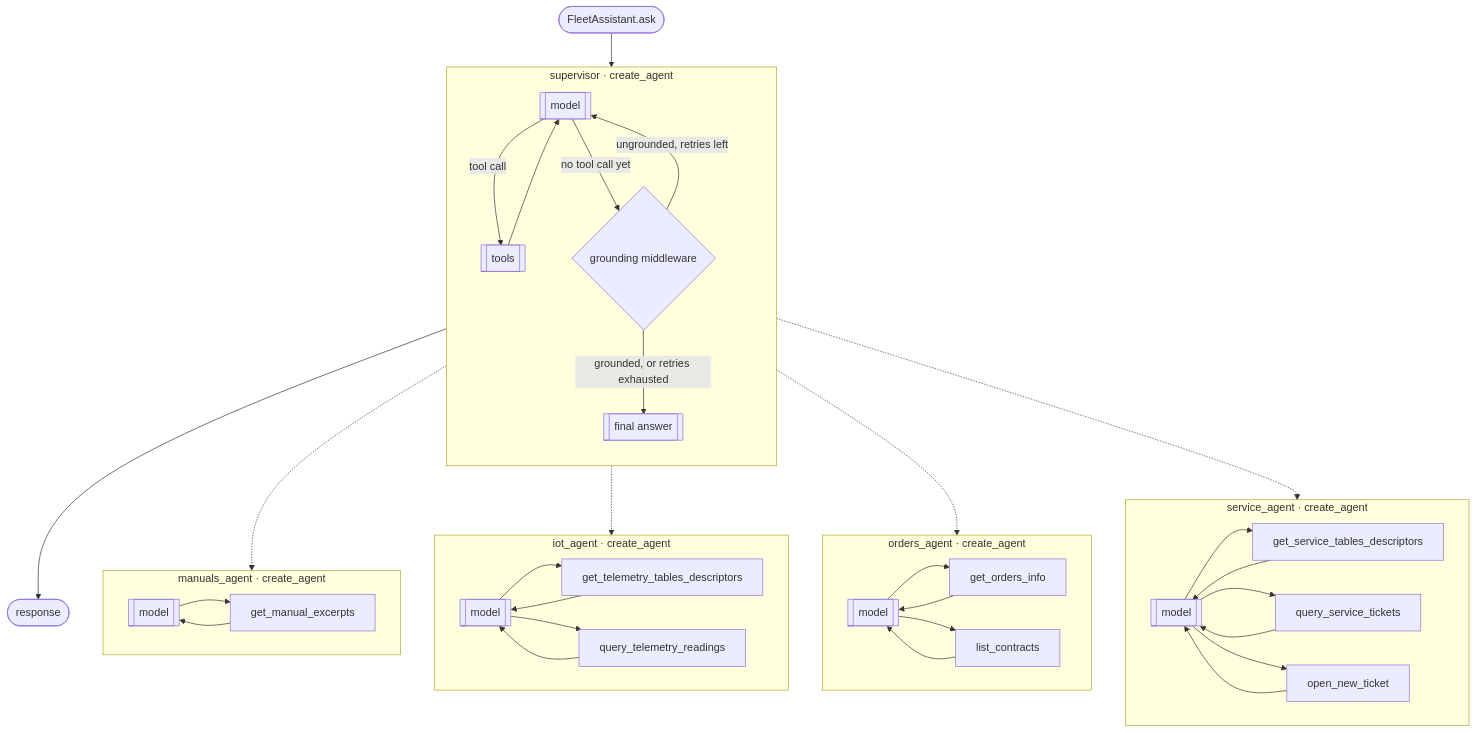
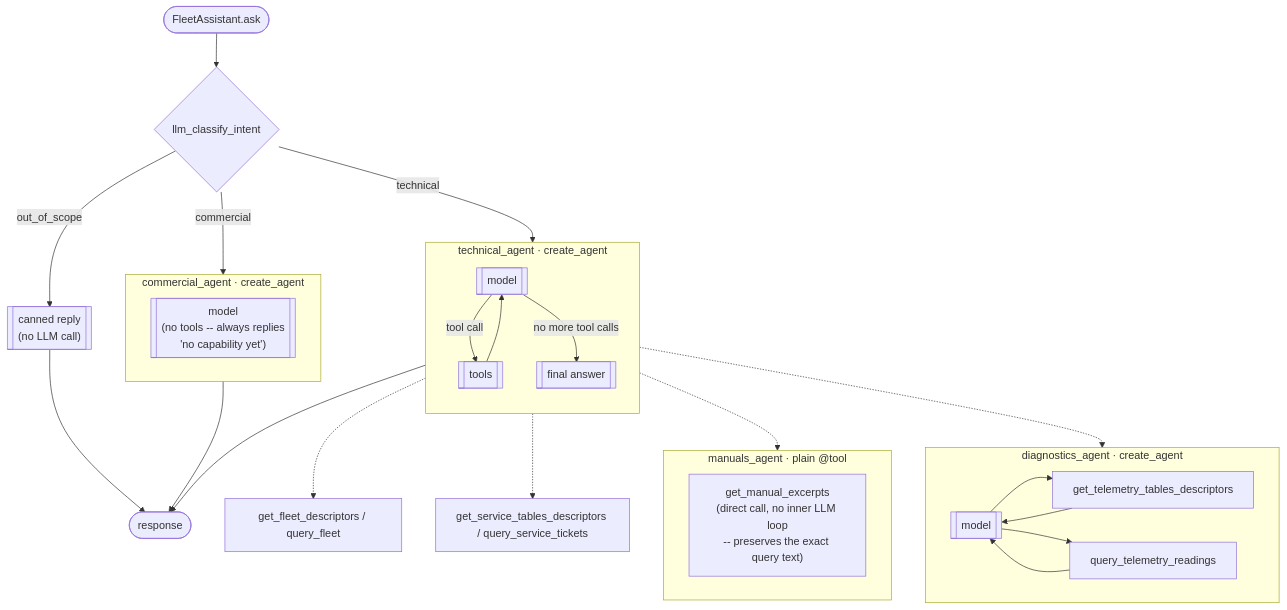
The diagram in docs/README.md (SDP-group6-Q2/ai-orchestrator), drawn with Mermaid before and after one commit. The commit also changed other lines of this file and 2 other files, not shown here.

````diff
--- a/docs/README.md
+++ b/docs/README.md
@@ -25,48 +37,39 @@
 ```mermaid
 flowchart TD
-    Start([FleetAssistant.ask]) --> Supervisor
+    Start([FleetAssistant.ask]) --> Router{llm_classify_intent}
 
-    subgraph Supervisor["supervisor · create_agent"]
+    Router -->|technical| Technical
+    Router -->|commercial| Commercial
+    Router -->|out_of_scope| OutOfScope[["canned reply\n(no LLM call)"]]
+
+    subgraph Technical["technical_agent · create_agent"]
         direction TB
-        Model[[model]] -->|tool call| Tools[[tools]]
-        Tools --> Model
-        Model -->|no tool call yet| Grounding{grounding middleware}
-        Grounding -->|ungrounded, retries left| Model
-        Grounding -->|grounded, or retries exhausted| Answer[[final answer]]
+        TechModel[[model]] -->|tool call| TechTools[[tools]]
+        TechTools --> TechModel
+        TechModel -->|no more tool calls| TechAnswer[[final answer]]
     end
 
-    Tools -.-> Manuals
-    Tools -.-> Iot
-    Tools -.-> Orders
-    Tools -.-> Service
+    TechTools -.-> Manuals
+    TechTools -.-> Diagnostics
+    TechTools -.-> FleetTools[get_fleet_descriptors / query_fleet]
+    TechTools -.-> ServiceTools[get_service_tables_descriptors / query_service_tickets]
 
-    subgraph Manuals["manuals_agent · create_agent"]
-        ManualsModel[[model]] --> GetManuals[get_manual_excerpts]
-        GetManuals --> ManualsModel
+    subgraph Manuals["manuals_agent · plain @tool"]
+        GetManuals["get_manual_excerpts\n(direct call, no inner LLM loop\n-- preserves the exact query text)"]
     end
 
-    subgraph Iot["iot_agent · create_agent"]
-        IotModel[[model]] --> TelemetryDescriptors[get_telemetry_tables_descriptors]
-        IotModel --> QueryTelemetry[query_telemetry_readings]
-        TelemetryDescriptors --> IotModel
-        QueryTelemetry --> IotModel
+    subgraph Diagnostics["diagnostics_agent · create_agent"]
+        DiagModel[[model]] --> TelemetryDescriptors[get_telemetry_tables_descriptors]
+        DiagModel --> QueryTelemetry[query_telemetry_readings]
+        TelemetryDescriptors --> DiagModel
+        QueryTelemetry --> DiagModel
     end
 
-    subgraph Orders["orders_agent · create_agent"]
-        OrdersModel[[model]] --> GetOrders[get_orders_info]
-        OrdersModel --> ListContracts[list_contracts]
-        GetOrders --> OrdersModel
-        ListContracts --> OrdersModel
+    subgraph Commercial["commercial_agent · create_agent"]
+        CommModel[["model\n(no tools -- always replies\n'no capability yet')"]]
     end
 
-    subgraph Service["service_agent · create_agent"]
-        ServiceModel[[model]] --> ServiceDescriptors[get_service_tables_descriptors]
-        ServiceModel --> QueryTickets[query_service_tickets]
-        ServiceModel --> OpenTicket[open_new_ticket]
-        ServiceDescriptors --> ServiceModel
-        QueryTickets --> ServiceModel
-        OpenTicket --> ServiceModel
-    end
-
-    Answer --> End([response])
+    TechAnswer --> End([response])
+    Commercial --> End
+    OutOfScope --> End
 ```
````
